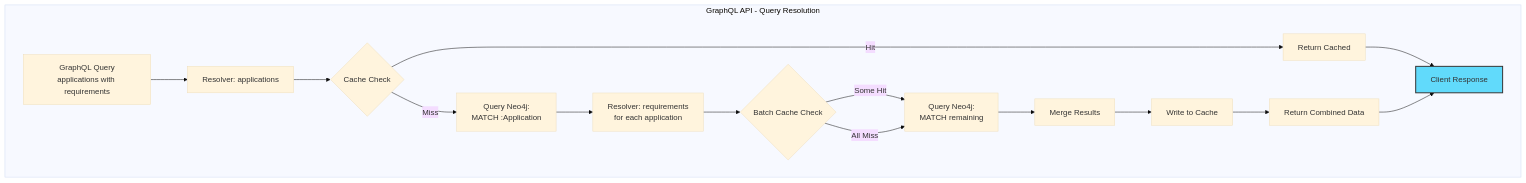
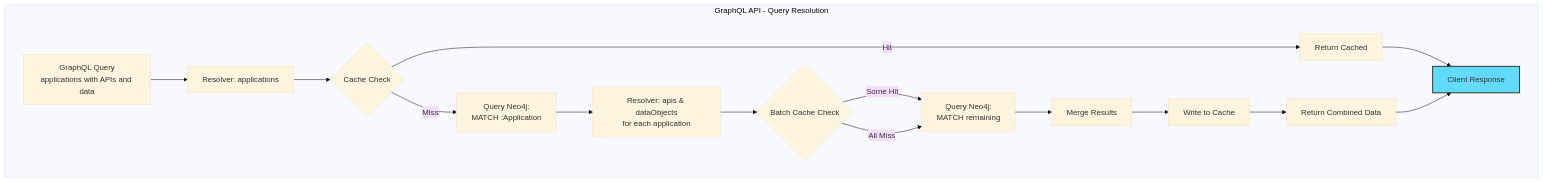
One commit to aware-noppadons/super-relativity changed the eighth of 14 diagrams in poc-option-1/ARCHITECTURE.md. Above: the diagram before and after it, drawn with Mermaid (base theme). The commit also changed other lines of this file and 31 other files, not shown here.

First line of the commit message:
Simplify schema to 9 node types and update all documentation

````diff
--- a/poc-option-1/ARCHITECTURE.md
+++ b/poc-option-1/ARCHITECTURE.md
@@ -299,24 +299,24 @@
 ```mermaid
 graph TB
     subgraph "GraphQL API - Query Resolution"
-        Query[GraphQL Query<br/>applications with requirements]
+        Query[GraphQL Query<br/>applications with APIs and data]
 
         Query --> R1[Resolver: applications]
         R1 --> Cache1{Cache Check}
         Cache1 -->|Hit| Return1[Return Cached]
         Cache1 -->|Miss| Neo1[Query Neo4j:<br/>MATCH :Application]
 
-        Neo1 --> R2[Resolver: requirements<br/>for each application]
+        Neo1 --> R2[Resolver: apis & dataObjects<br/>for each application]
         R2 --> Cache2{Batch Cache Check}
         Cache2 -->|Some Hit| Neo2[Query Neo4j:<br/>MATCH remaining]
         Cache2 -->|All Miss| Neo2
 
         Neo2 --> Merge[Merge Results]
         Merge --> CacheWrite[Write to Cache]
         CacheWrite --> Return2[Return Combined Data]
         Return1 --> Client[Client Response]
         Return2 --> Client
     end
 
     style Client fill:#61dafb,stroke:#333,stroke-width:2px
 ```
````
